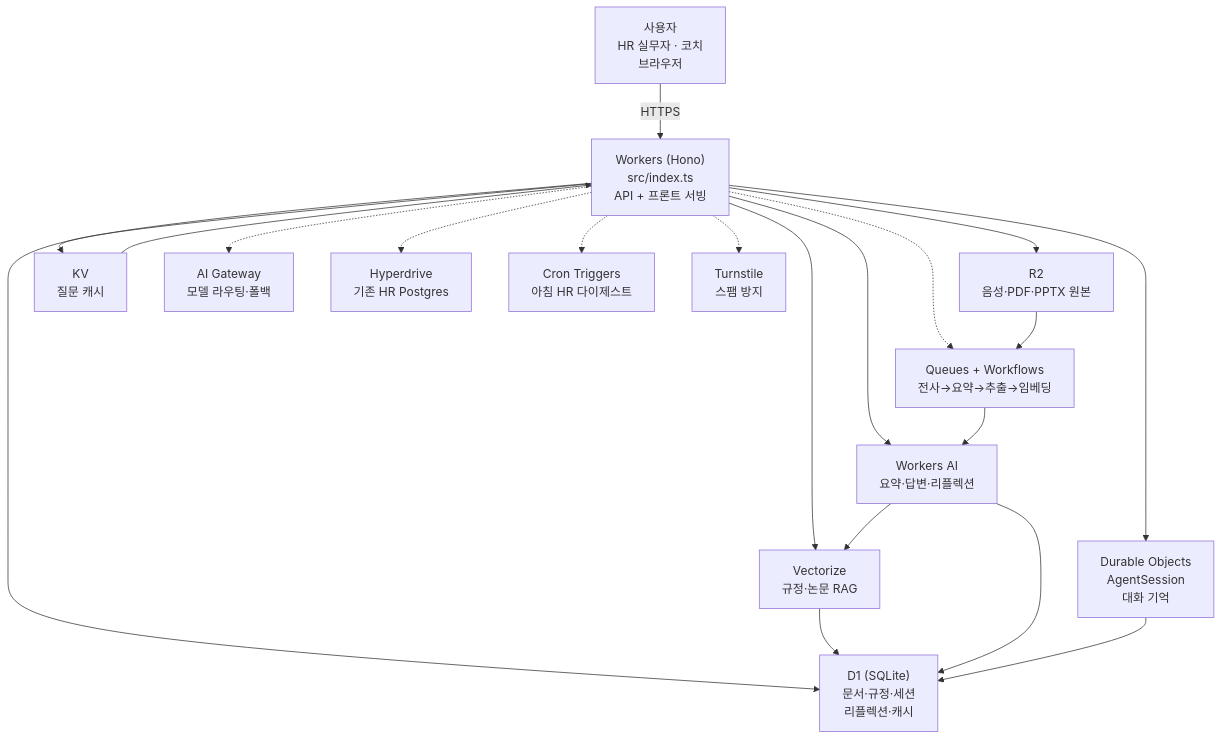
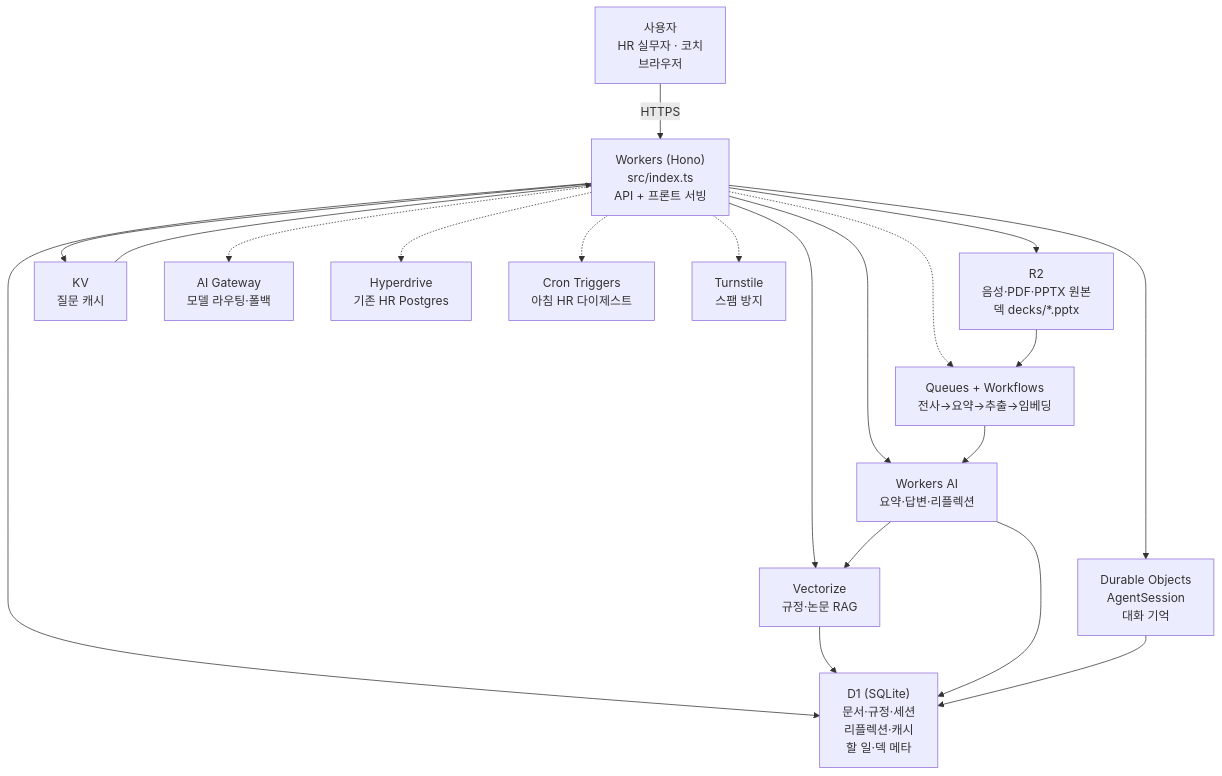
The diagram in ARCHITECTURE.md (workspace-easyware/people-os), drawn with Mermaid before and after one commit. The commit also changed other lines of this file and 9 other files, not shown here.

````diff
--- a/ARCHITECTURE.md
+++ b/ARCHITECTURE.md
@@ -10,24 +10,24 @@
 ```mermaid
 flowchart TB
     User["사용자<br/>HR 실무자 · 코치<br/>브라우저"] -->|HTTPS| Worker["Workers (Hono)<br/>src/index.ts<br/>API + 프론트 서빙"]
 
-    Worker --> R2["R2<br/>음성·PDF·PPTX 원본"]
-    Worker --> D1["D1 (SQLite)<br/>문서·규정·세션<br/>리플렉션·캐시"]
+    Worker --> R2["R2<br/>음성·PDF·PPTX 원본<br/>덱 decks/*.pptx"]
+    Worker --> D1["D1 (SQLite)<br/>문서·규정·세션<br/>리플렉션·캐시<br/>할 일·덱 메타"]
     Worker --> KV["KV<br/>질문 캐시"]
     Worker --> DO["Durable Objects<br/>AgentSession<br/>대화 기억"]
     Worker --> AI["Workers AI<br/>요약·답변·리플렉션"]
     Worker --> VEC["Vectorize<br/>규정·논문 RAG"]
     Worker -.-> Q["Queues + Workflows<br/>전사→요약→추출→임베딩"]
     Worker -.-> GW["AI Gateway<br/>모델 라우팅·폴백"]
     Worker -.-> HD["Hyperdrive<br/>기존 HR Postgres"]
     Worker -.-> CRON["Cron Triggers<br/>아침 HR 다이제스트"]
     Worker -.-> TS["Turnstile<br/>스팸 방지"]
 
     R2 --> Q
     Q --> AI
     AI --> VEC
     VEC --> D1
     AI --> D1
     DO --> D1
     KV --> Worker
 ```
````
